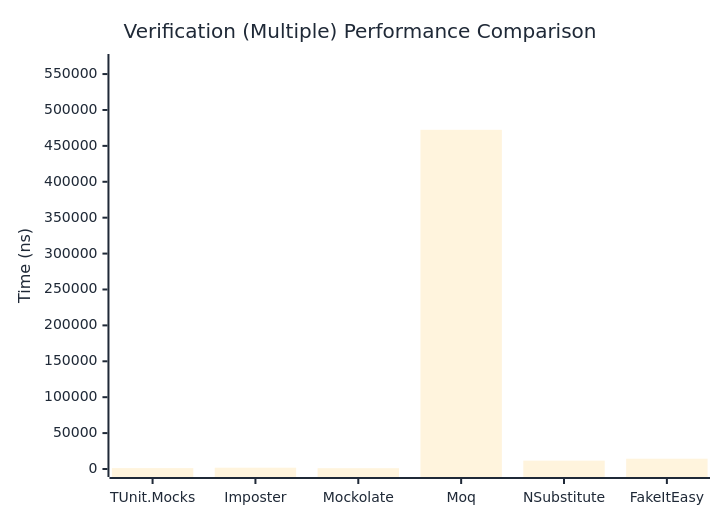
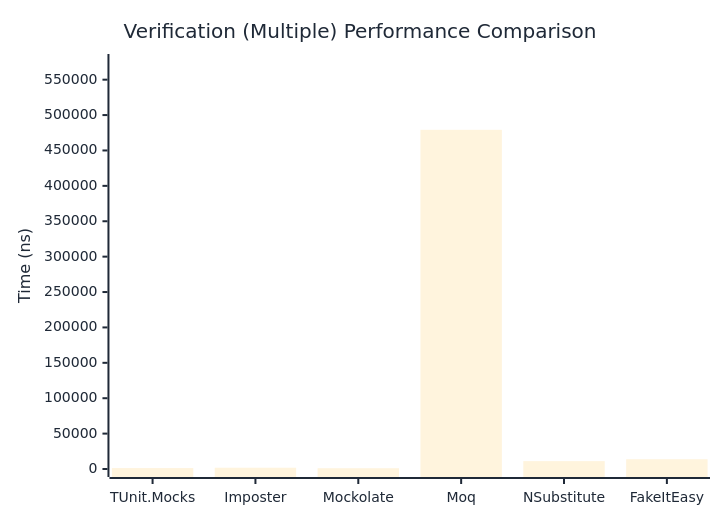
One commit to thomhurst/TUnit changed the third of 3 diagrams in docs/docs/benchmarks/mocks/Verification.md. Above: the diagram before and after it, drawn with Mermaid. The commit also changed other lines of this file and 14 other files, not shown here.

````diff
--- a/docs/docs/benchmarks/mocks/Verification.md
+++ b/docs/docs/benchmarks/mocks/Verification.md
@@ -112,27 +112,27 @@
 ```mermaid
 %%{init: {
   'theme':'base',
   'themeVariables': {
     'primaryColor': '#2563eb',
     'primaryTextColor': '#1f2937',
     'primaryBorderColor': '#1e40af',
     'lineColor': '#6b7280',
     'secondaryColor': '#7c3aed',
     'tertiaryColor': '#dc2626',
     'background': '#ffffff',
     'pie1': '#2563eb',
     'pie2': '#7c3aed',
     'pie3': '#dc2626',
     'pie4': '#f59e0b',
     'pie5': '#10b981',
     'pie6': '#06b6d4',
     'pie7': '#ec4899',
     'pie8': '#6366f1'
   }
 }}%%
 xychart-beta
   title "Verification (Multiple) Performance Comparison"
   x-axis ["TUnit.Mocks", "Imposter", "Mockolate", "Moq", "NSubstitute", "FakeItEasy"]
-  y-axis "Time (ns)" 0 --> 566803
-  bar [1262.84, 1788.23, 1114.03, 472335.22, 11645.99, 14327.04]
+  y-axis "Time (ns)" 0 --> 574974
+  bar [1305.49, 1810.96, 1092.73, 479144.98, 11126.42, 13798.89]
 ```
````
